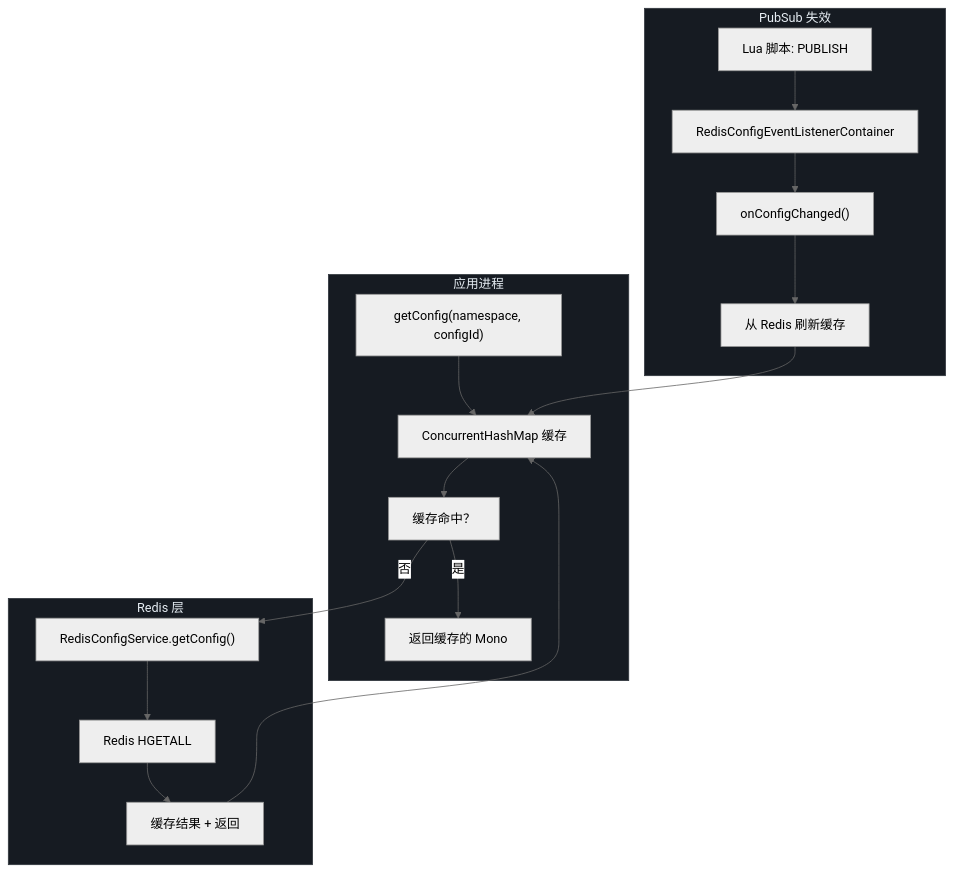
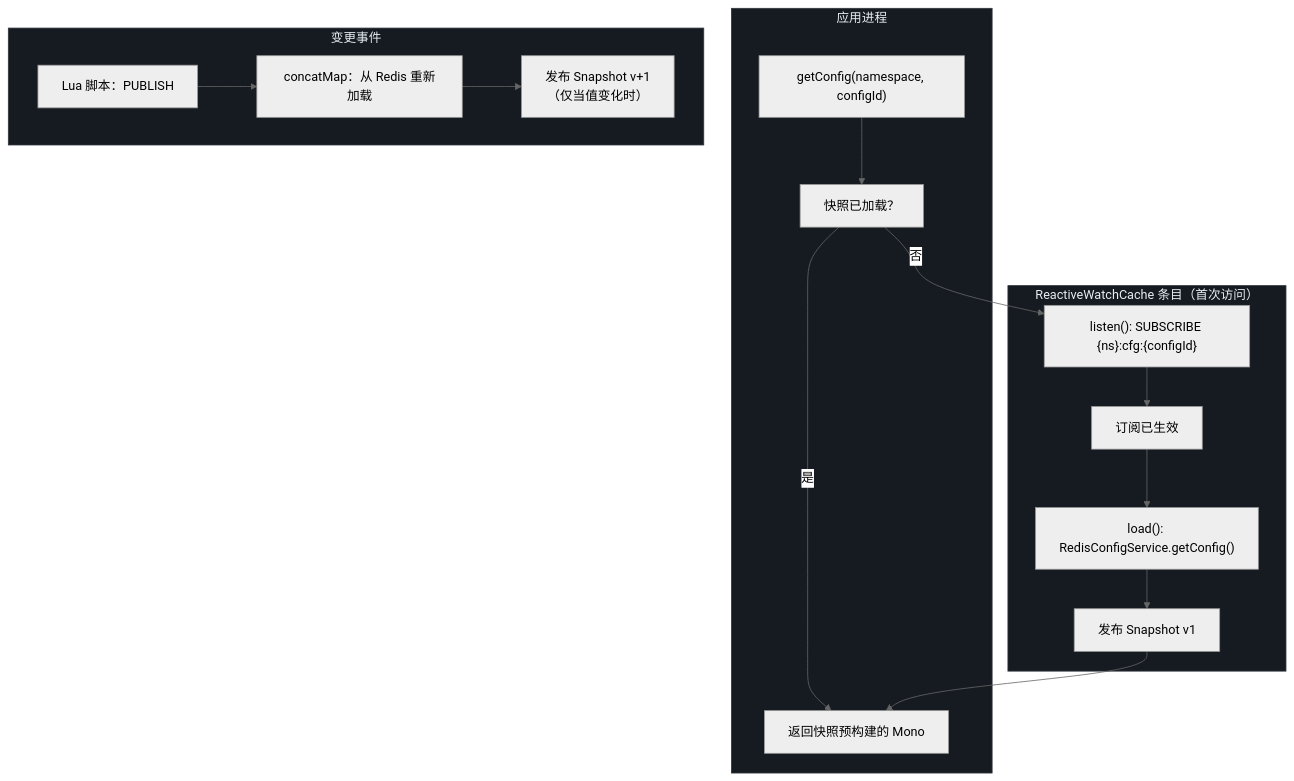
Before and after one commit to Ahoo-Wang/CoSky: the first of 7 diagrams in wiki/zh/guide/config-consistency.md, drawn with Mermaid (neutral theme). The commit also changed other lines of this file and 35 other files, not shown here.

````diff
--- a/wiki/zh/guide/config-consistency.md
+++ b/wiki/zh/guide/config-consistency.md
@@ -45,31 +48,29 @@
 ```mermaid
 flowchart TD
     subgraph app["应用进程"]
         style app fill:#161b22,stroke:#30363d,color:#e6edf3
         A["getConfig(namespace, configId)"]
-        B["ConcurrentHashMap 缓存"]
-        C["缓存命中？"]
-        D["返回缓存的 Mono"]
+        B["快照已加载？"]
+        D["返回快照预构建的 Mono"]
     end
 
-    subgraph delegate["Redis 层"]
-        style delegate fill:#161b22,stroke:#30363d,color:#e6edf3
-        E["RedisConfigService.getConfig()"]
-        F["Redis HGETALL"]
-        G["缓存结果 + 返回"]
+    subgraph watch["ReactiveWatchCache 条目（首次访问）"]
+        style watch fill:#161b22,stroke:#30363d,color:#e6edf3
+        E["listen(): SUBSCRIBE {ns}:cfg:{configId}"]
+        F["订阅已生效"]
+        G["load(): RedisConfigService.getConfig()"]
+        H["发布 Snapshot v1"]
     end
 
-    subgraph invalidation["PubSub 失效"]
-        style invalidation fill:#161b22,stroke:#30363d,color:#e6edf3
-        H["Lua 脚本: PUBLISH"]
-        I["RedisConfigEventListenerContainer"]
-        J["onConfigChanged()"]
-        K["从 Redis 刷新缓存"]
+    subgraph events["变更事件"]
+        style events fill:#161b22,stroke:#30363d,color:#e6edf3
+        I["Lua 脚本：PUBLISH"]
+        J["concatMap：从 Redis 重新加载"]
+        K["发布 Snapshot v+1<br>（仅当值变化时）"]
     end
 
-    A --> B --> C
-    C -->|是| D
-    C -->|否| E --> F --> G
-    G --> B
-    H --> I --> J --> K --> B
+    A --> B
+    B -->|是| D
+    B -->|否| E --> F --> G --> H --> D
+    I --> J --> K
 ```
````
